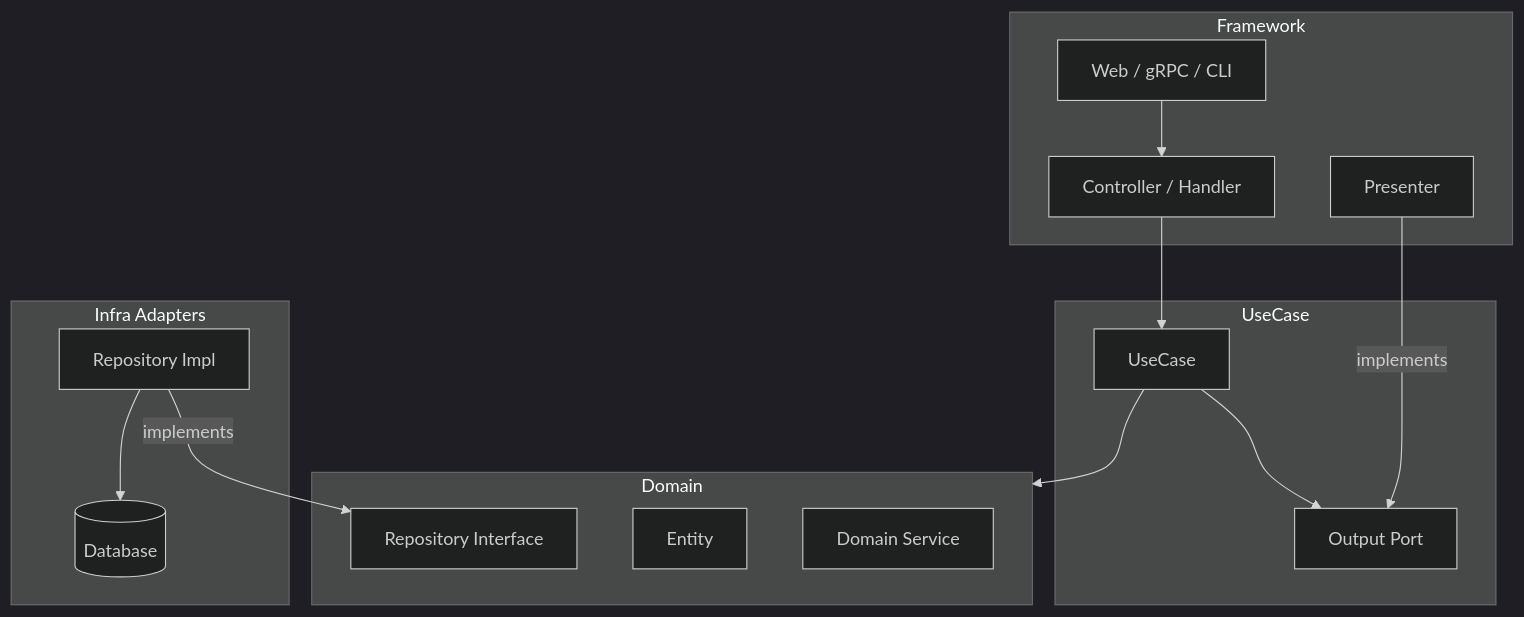
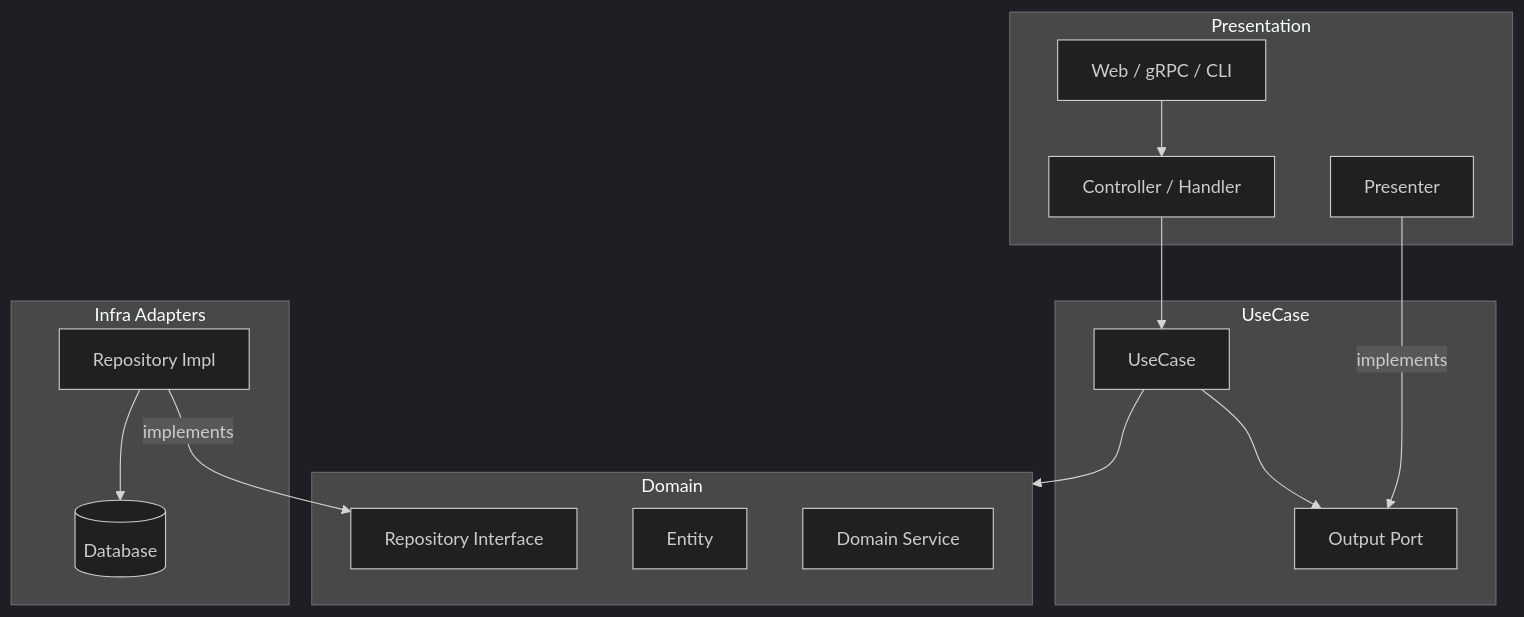
One commit to sokoide/workshop changed the diagram in software/clean_arch_ja.md. Above: the diagram before and after it, drawn with Mermaid (dark theme). The commit also changed other lines of this file and 28 other files, not shown here.

````diff
--- a/software/clean_arch_ja.md
+++ b/software/clean_arch_ja.md
@@ -9,33 +9,33 @@
 ```mermaid
 graph TD
-    subgraph FrameworkLayer [Framework]
+    subgraph PresentationLayer [Presentation]
         Web[Web / gRPC / CLI]
         Controller[Controller / Handler]
         Presenter[Presenter]
     end
 
     subgraph UseCaseLayer [UseCase]
         UC[UseCase]
         OP[Output Port]
     end
 
     subgraph DomainLayer [Domain]
         DS[Domain Service]
         E[Entity]
         RI[Repository Interface]
     end
 
     subgraph InfraLayer [Infra Adapters]
         RI_Impl[Repository Impl]
         DB[(Database)]
     end
 
     %% 依存関係
     Web --> Controller
     Controller --> UC
     UC --> DomainLayer
     RI_Impl -- "implements" --> RI
     RI_Impl --> DB
     UC --> OP
     Presenter -- "implements" --> OP
 ```
````
